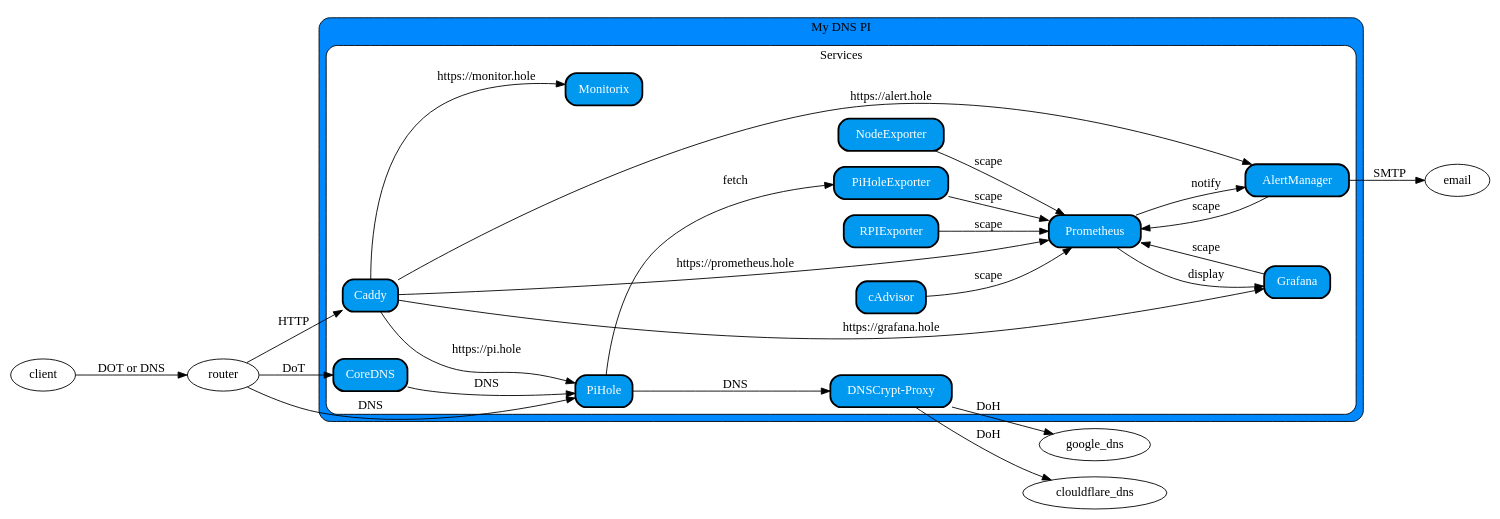
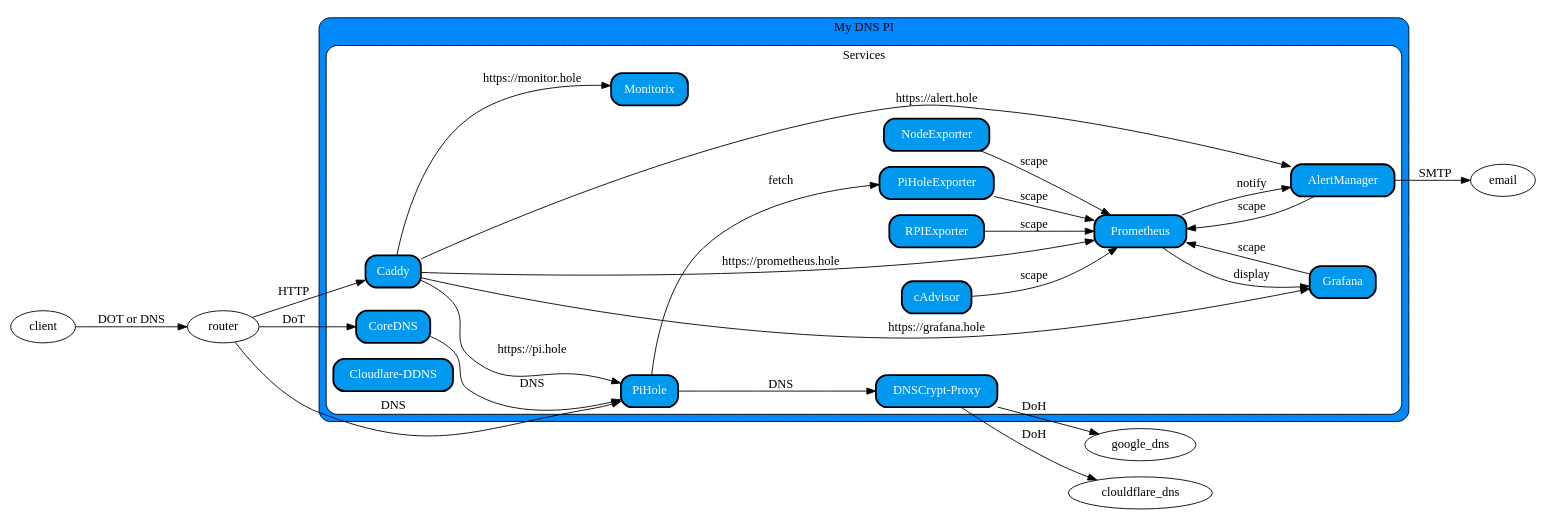
Before and after one commit to zeuxisoo/my-dns-pi: the diagram in workflow/graph.dot, drawn with Graphviz.

Commit message:
add cloudflare-dns service to graph

```diff
--- a/workflow/graph.dot
+++ b/workflow/graph.dot
@@ -1,71 +1,72 @@
 digraph G {
     rankdir=LR
 
     subgraph cluster_0 {
         style="rounded,filled"
         fillcolor="#0088FF"
 
         node [style="rounded,filled", shape=box, penwidth=2, fillcolor="#0099EF", fontcolor=white]
 
         label="My DNS PI"
         subgraph cluster_1 {
             fillcolor="#FFFFFF"
             label="Services"
 
             coredns [label="CoreDNS"]
             pihole  [label="PiHole"]
             dnscrypt_proxy [label="DNSCrypt-Proxy"]
 
             caddy [label="Caddy"]
             monitorix [label="Monitorix"]
+            cloudflare_ddns [label="Cloudlare-DDNS"]
 
             prometheus [label="Prometheus"]
             cadvisor [label="cAdvisor"]
             node_exporter [label="NodeExporter"]
             pihole_exporter [label="PiHoleExporter"]
             rpi_exporter [label="RPIExporter"]
 
             alert_manager [label="AlertManager"]
             grafana [label="Grafana"]
         }
     }
 
     client -> router [label="DOT or DNS"]
 
     //  Router
     router -> coredns [label="DoT"]
     router -> pihole [label="DNS"]
     router -> caddy [label="HTTP"]
 
     coredns -> pihole [label="DNS"]
 
     //  Pihole
     pihole -> dnscrypt_proxy [label="DNS"]
     pihole -> pihole_exporter [label="fetch"]
 
     dnscrypt_proxy -> clouldflare_dns [label="DoH"]
     dnscrypt_proxy -> google_dns [label="DoH"]
 
     //  Caddy
     caddy -> pihole [label="https://pi.hole"]
     caddy -> monitorix [label="https://monitor.hole"]
     caddy -> prometheus [label="https://prometheus.hole"]
     caddy -> alert_manager [label="https://alert.hole"]
     caddy -> grafana [label="https://grafana.hole"]
 
     //  Prometheus
     cadvisor -> prometheus [label="scape"]
     node_exporter -> prometheus [label="scape"]
     pihole_exporter -> prometheus [label="scape"]
     rpi_exporter -> prometheus [label="scape"]
     alert_manager -> prometheus [label="scape"]
     grafana -> prometheus [label="scape"]
 
     //  Alert Manager
     alert_manager -> email [label="SMTP"]
 
     prometheus -> alert_manager [label="notify"]
 
     // Grafana
     prometheus -> grafana [label="display"]
 }
```
